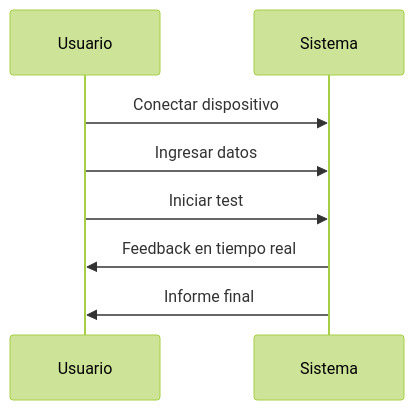
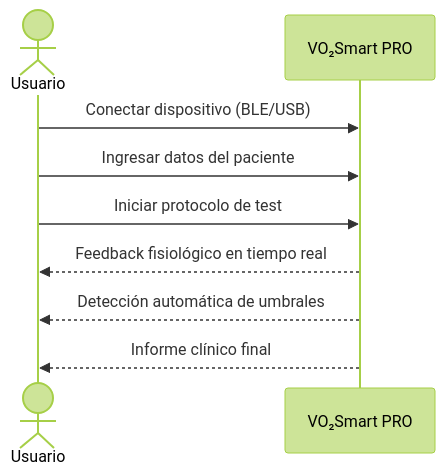
Before and after one commit to Csav20/Vo2Smart-Interfaz: the third of 4 diagrams in README.md, drawn with Mermaid (forest theme). The commit also changed other lines of this file and 3 other files, not shown here.

First line of the commit message:
🚀 VO₂Smart PRO v5 — Mejora completa del repositorio

````diff
--- a/README.md
+++ b/README.md
@@ -180,8 +125,11 @@
 ```mermaid
 sequenceDiagram
-Usuario->>Sistema: Conectar dispositivo
-Usuario->>Sistema: Ingresar datos
-Usuario->>Sistema: Iniciar test
-Sistema->>Usuario: Feedback en tiempo real
-Sistema->>Usuario: Informe final
+    actor Usuario
+    participant Sistema as VO₂Smart PRO
+    Usuario->>Sistema: Conectar dispositivo (BLE/USB)
+    Usuario->>Sistema: Ingresar datos del paciente
+    Usuario->>Sistema: Iniciar protocolo de test
+    Sistema-->>Usuario: Feedback fisiológico en tiempo real
+    Sistema-->>Usuario: Detección automática de umbrales
+    Sistema-->>Usuario: Informe clínico final
 ```
````
